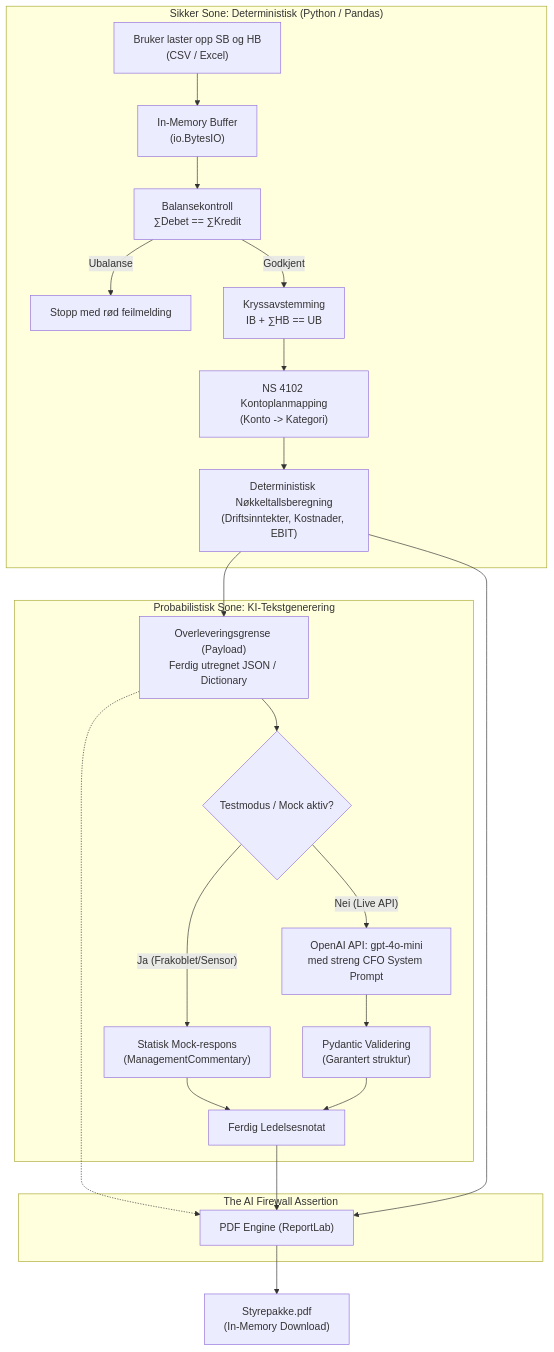
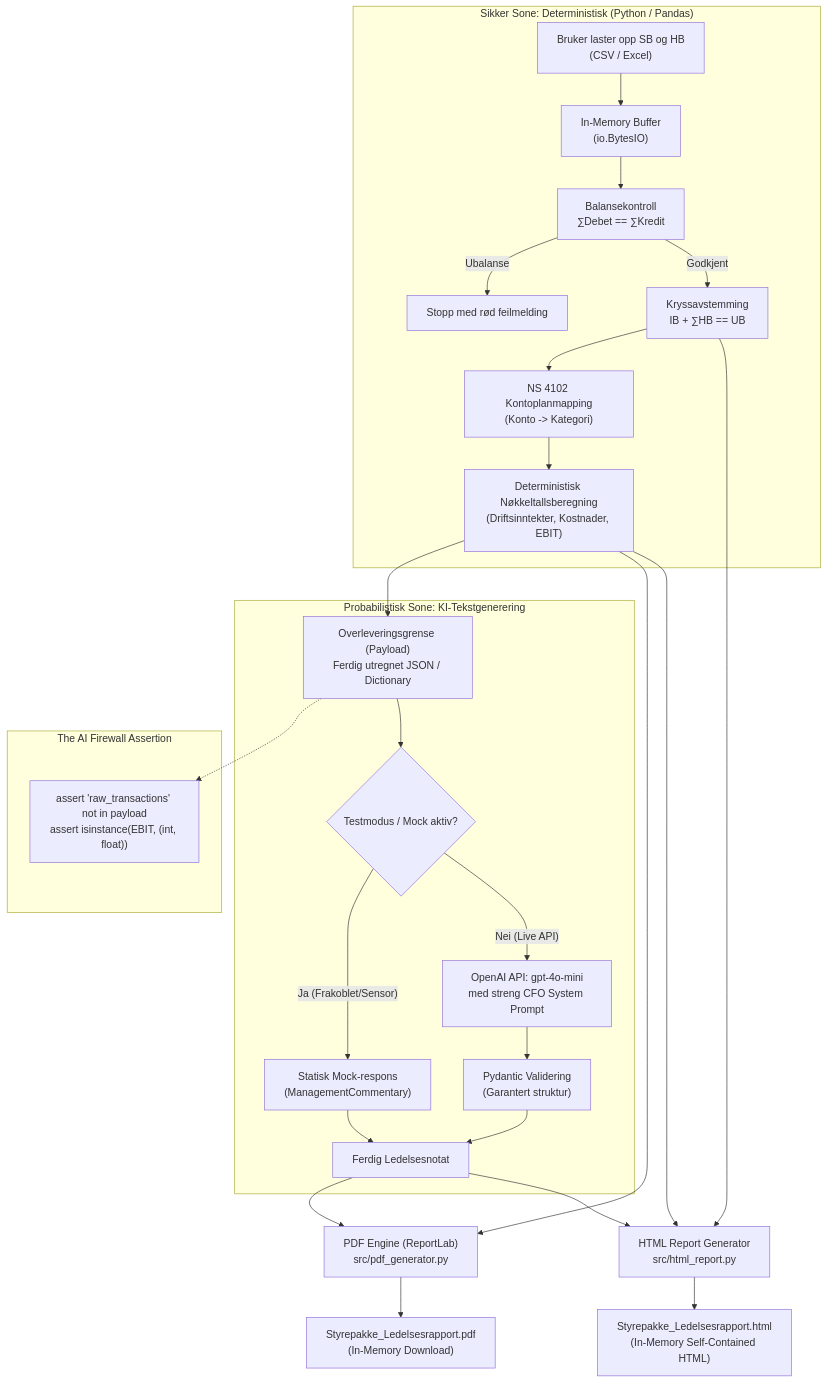
Before and after one commit to IBE160-2026/G56-guimaraes: the first of 2 diagrams in docs/04_architecture/ARCHITECTURE.md, drawn with Mermaid. The commit also changed other lines of this file and 8 other files, not shown here.

````diff
--- a/docs/04_architecture/ARCHITECTURE.md
+++ b/docs/04_architecture/ARCHITECTURE.md
@@ -29,30 +29,35 @@
 ```mermaid
 flowchart TD
     subgraph SIKKER_SONE ["Sikker Sone: Deterministisk (Python / Pandas)"]
         A["Bruker laster opp SB og HB<br/>(CSV / Excel)"] --> B["In-Memory Buffer<br/>(io.BytesIO)"]
         B --> C["Balansekontroll<br/>∑Debet == ∑Kredit"]
         C -- "Ubalanse" --> D["Stopp med rød feilmelding"]
         C -- "Godkjent" --> E["Kryssavstemming<br/>IB + ∑HB == UB"]
         E --> F["NS 4102 Kontoplanmapping<br/>(Konto -> Kategori)"]
         F --> G["Deterministisk Nøkkeltallsberegning<br/>(Driftsinntekter, Kostnader, EBIT)"]
     end
 
     G --> H["Overleveringsgrense (Payload)<br/>Ferdig utregnet JSON / Dictionary"]
 
     subgraph PROBABILISTISK_SONE ["Probabilistisk Sone: KI-Tekstgenerering"]
         H --> I{"Testmodus / Mock aktiv?"}
         I -- "Ja (Frakoblet/Sensor)" --> J["Statisk Mock-respons<br/>(ManagementCommentary)"]
         I -- "Nei (Live API)" --> K["OpenAI API: gpt-4o-mini<br/>med streng CFO System Prompt"]
         K --> L["Pydantic Validering<br/>(Garantert struktur)"]
         J --> M["Ferdig Ledelsesnotat"]
         L --> M
     end
 
     subgraph BRANNMUR_ASSERTION ["The AI Firewall Assertion"]
-        H -.-> N["assert 'raw_transactions' not in payload<br/>assert isinstance(EBIT, (int, float))"]
+        H -.-> FW["assert 'raw_transactions' not in payload<br/>assert isinstance(EBIT, (int, float))"]
     end
 
-    M --> N["PDF Engine (ReportLab)"]
+    M --> N["PDF Engine (ReportLab)<br/>src/pdf_generator.py"]
     G --> N
-    N --> O["Styrepakke.pdf<br/>(In-Memory Download)"]
+    N --> O["Styrepakke_Ledelsesrapport.pdf<br/>(In-Memory Download)"]
+
+    M --> P["HTML Report Generator<br/>src/html_report.py"]
+    G --> P
+    E --> P
+    P --> Q["Styrepakke_Ledelsesrapport.html<br/>(In-Memory Self-Contained HTML)"]
 ```
````
